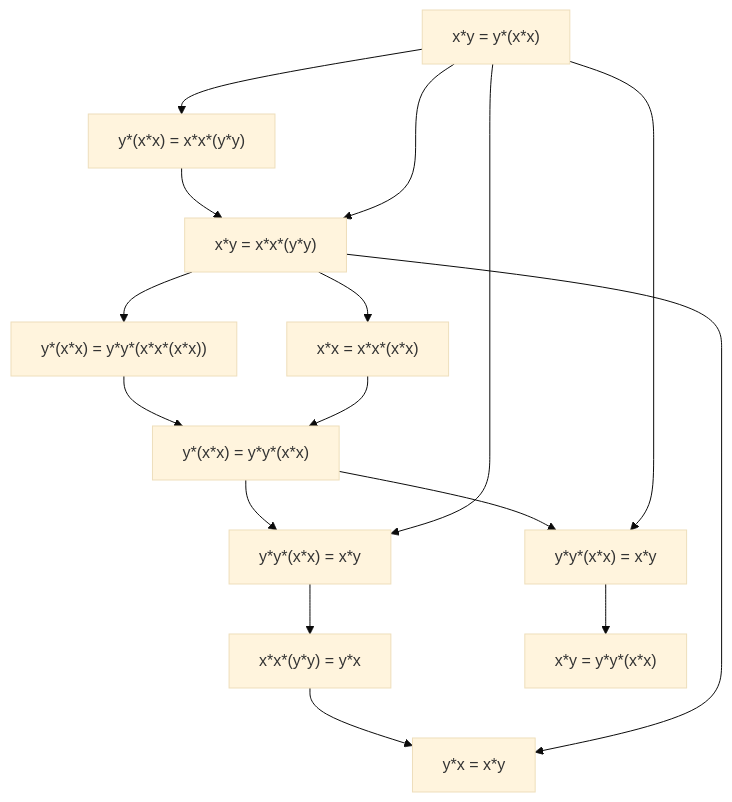
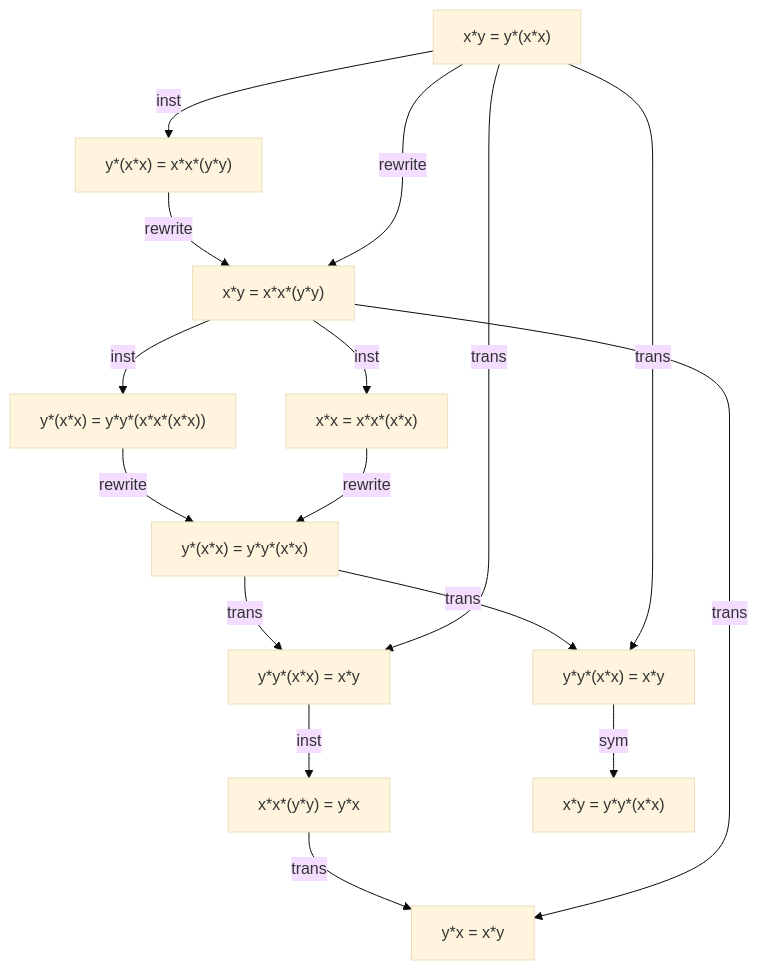
One commit to osick/magmaexplorer changed the diagram in commute.md. Above: the diagram before and after it, drawn with Mermaid (base theme). The commit also changed other lines of this file and 5 other files, not shown here.

````diff
--- a/commute.md
+++ b/commute.md
@@ -26,29 +27,29 @@
 ```mermaid
 graph TD
     n0["x*y = y*(x*x)"]
     n1["y*(x*x) = x*x*(y*y)"]
     n2["x*y = x*x*(y*y)"]
     n3["y*(x*x) = y*y*(x*x*(x*x))"]
     n4["x*x = x*x*(x*x)"]
     n5["y*(x*x) = y*y*(x*x)"]
     n6["y*y*(x*x) = x*y"]
     n7["y*y*(x*x) = x*y"]
     n8["x*x*(y*y) = y*x"]
     n9["x*y = y*y*(x*x)"]
     n10["y*x = x*y"]
-    n0 --> n1
-    n1 --> n2
-    n0 --> n2
-    n2 --> n3
-    n2 --> n4
-    n3 --> n5
-    n4 --> n5
-    n5 --> n6
-    n0 --> n6
-    n5 --> n7
-    n0 --> n7
-    n6 --> n8
-    n7 --> n9
-    n8 --> n10
-    n2 --> n10
+    n0 -->|inst| n1
+    n1 -->|rewrite| n2
+    n0 -->|rewrite| n2
+    n2 -->|inst| n3
+    n2 -->|inst| n4
+    n3 -->|rewrite| n5
+    n4 -->|rewrite| n5
+    n5 -->|trans| n6
+    n0 -->|trans| n6
+    n5 -->|trans| n7
+    n0 -->|trans| n7
+    n6 -->|inst| n8
+    n7 -->|sym| n9
+    n8 -->|trans| n10
+    n2 -->|trans| n10
 ```
````
